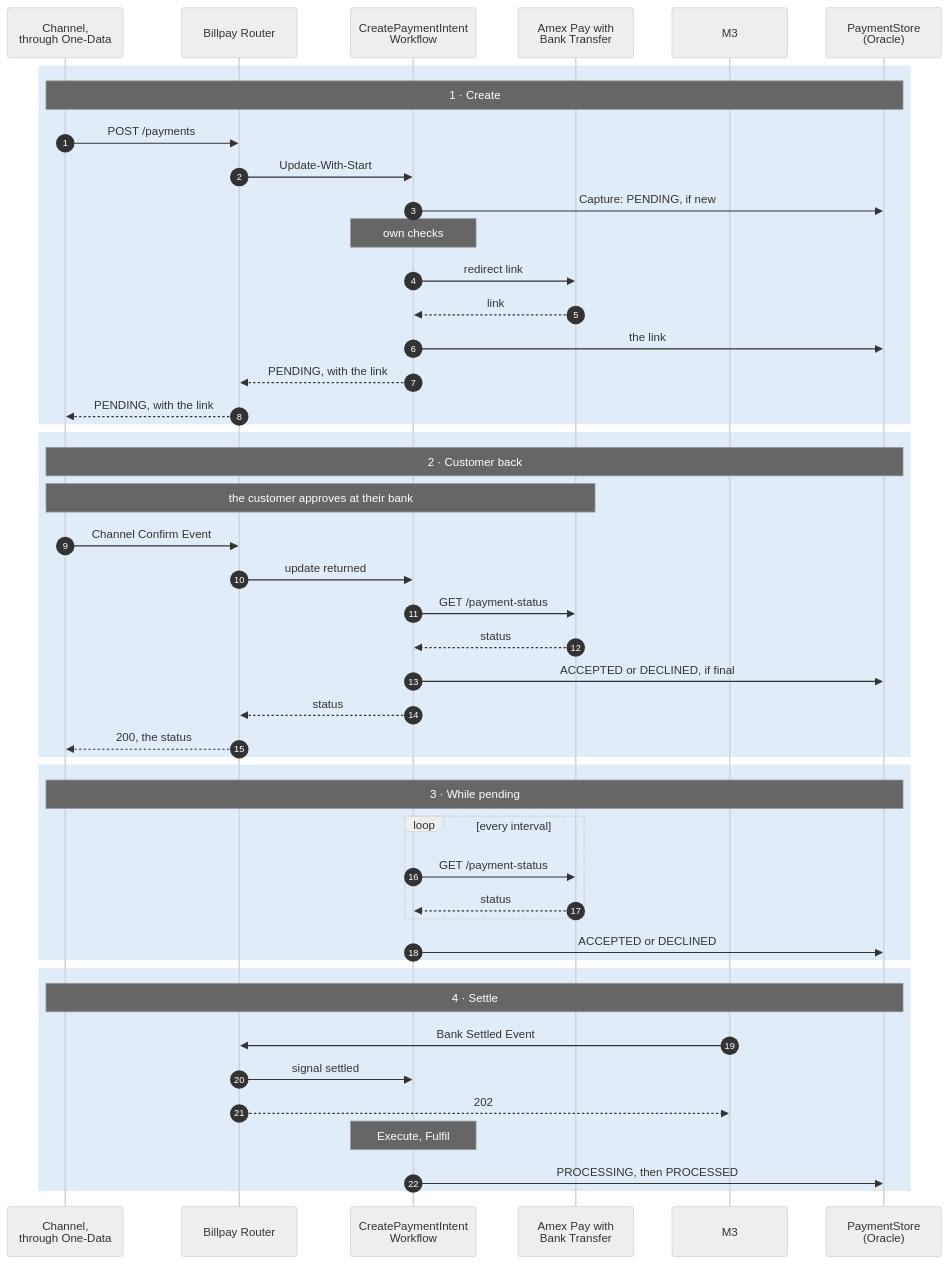
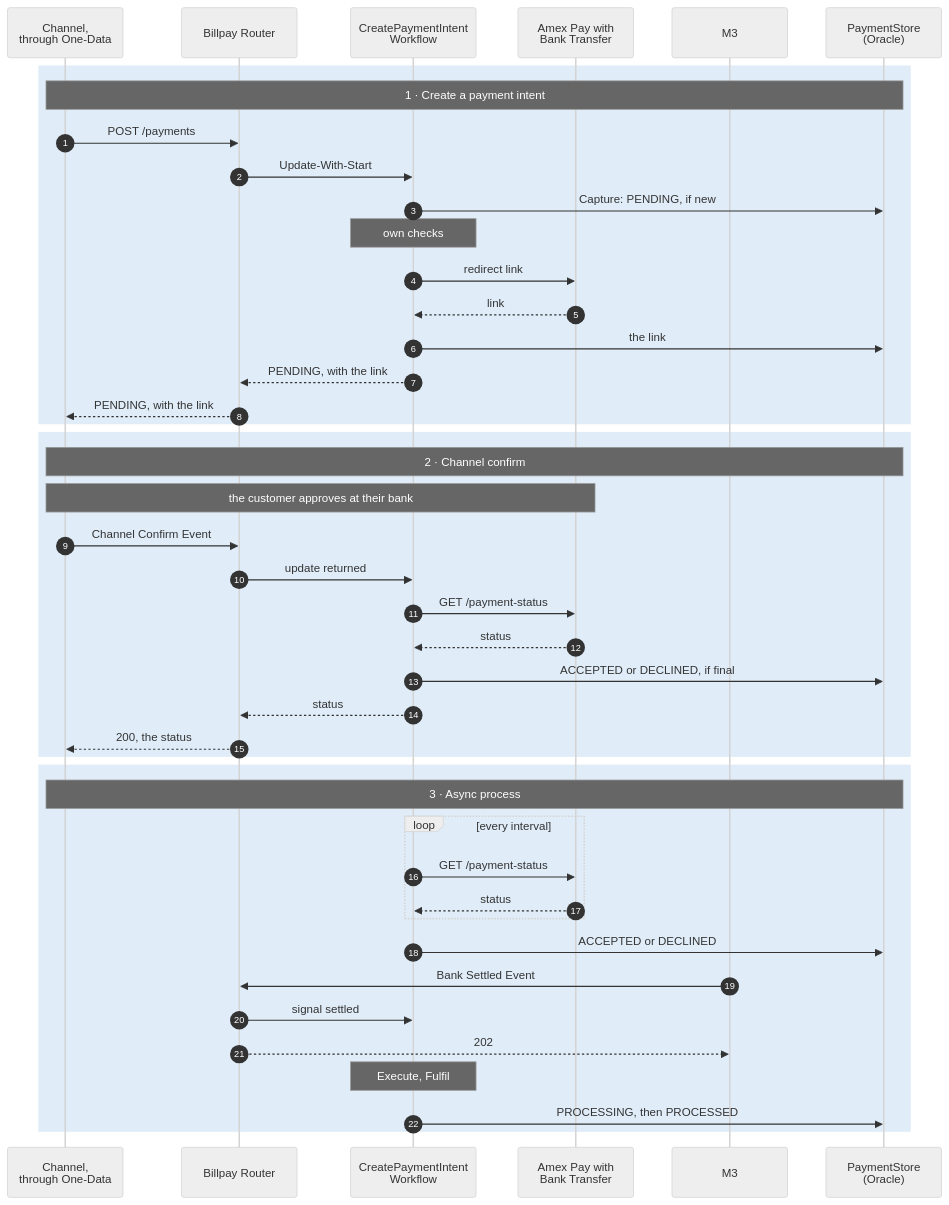
Diagram 14 of 16 in website/docs/design/sequence-diagrams.md (arunav-bhattacharya/billpay-book), drawn with Mermaid (neutral theme) before and after one commit. The commit also changed other lines of this file, not shown here.

Commit message:
Pay by bank sequence diagram: three named phases
Diagram 14's phases are now Create a payment intent, Channel confirm and
Async process. The last one merges the status polling with the settlement,
and the list above the diagram matches.

Claude-Session: https://claude.ai/code/session_01UshxEQari2PUUfTC8aoT9X

````diff
--- a/website/docs/design/sequence-diagrams.md
+++ b/website/docs/design/sequence-diagrams.md
@@ -751,64 +750,60 @@
 ```mermaid
 ---
 config:
   fontFamily: "BentonSansUI, Helvetica, Arial, sans-serif"
   fontSize: 15
 ---
 sequenceDiagram
   autonumber
   %% Pink arrows: something outside resumes the payment.
   %% trigger: Channel Confirm Event
   %% trigger: update returned
   %% trigger: Bank Settled Event
   %% trigger: signal settled
 
   participant CH as Channel,<br/>through One-Data
   participant R as Billpay Router
   participant WF as CreatePaymentIntent<br/>Workflow
   participant PW as Amex Pay with<br/>Bank Transfer
   participant M3
   participant PS as PaymentStore<br/>(Oracle)
 
   rect rgba(0,111,207,0.12)
-    Note over CH,PS: 1 · Create
+    Note over CH,PS: 1 · Create a payment intent
     CH->>R: POST /payments
     R->>WF: Update-With-Start
     WF->>PS: Capture: PENDING, if new
     Note over WF: own checks
     WF->>PW: redirect link
     PW-->>WF: link
     WF->>PS: the link
     WF-->>R: PENDING, with the link
     R-->>CH: PENDING, with the link
   end
 
   rect rgba(0,111,207,0.12)
-    Note over CH,PS: 2 · Customer back
+    Note over CH,PS: 2 · Channel confirm
     Note over CH,PW: the customer approves at their bank
     CH->>R: Channel Confirm Event
     R->>WF: update returned
     WF->>PW: GET /payment-status
     PW-->>WF: status
     WF->>PS: ACCEPTED or DECLINED, if final
     WF-->>R: status
     R-->>CH: 200, the status
   end
 
   rect rgba(0,111,207,0.12)
-    Note over CH,PS: 3 · While pending
+    Note over CH,PS: 3 · Async process
     loop every interval
       WF->>PW: GET /payment-status
       PW-->>WF: status
     end
     WF->>PS: ACCEPTED or DECLINED
-  end
-
-  rect rgba(0,111,207,0.12)
-    Note over CH,PS: 4 · Settle
     M3->>R: Bank Settled Event
     R->>WF: signal settled
     R-->>M3: 202
     Note over WF: Execute, Fulfil
     WF->>PS: PROCESSING, then PROCESSED
   end
 ```
````
